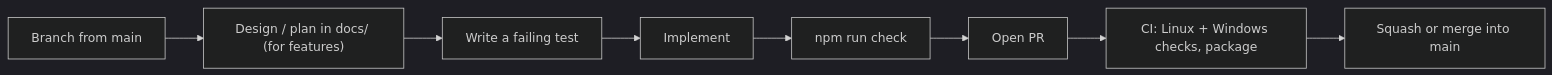
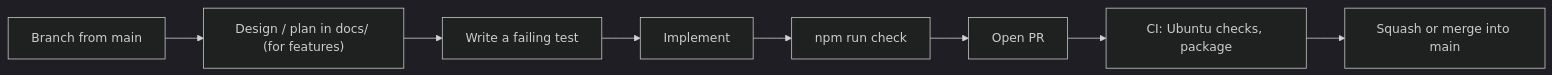
The diagram in CONTRIBUTING.md (mrprohack/TimeLens), drawn with Mermaid (dark theme) before and after one commit. The commit also changed other lines of this file, not shown here.

Commit message:
docs: correct the CI runner claim in CONTRIBUTING.md (#21)
The workflow only has a Ubuntu runner, but the guide told contributors that CI
must pass on both Ubuntu and Windows and the flow diagram promised "Linux +
Windows checks". A contributor waiting for a Windows job that never runs is
worse than no promise at all.

The guide now says what the workflow actually does. The build and the packaging
script do run on Windows, macOS and Linux locally, so that part stays true.

Whether to add a Windows runner to CI is a separate, open question: it is
feasible and was rehearsed, and it roughly doubles the CI minutes.

````diff
--- a/CONTRIBUTING.md
+++ b/CONTRIBUTING.md
@@ -35,10 +35,10 @@
 ```mermaid
 flowchart LR
   A["Branch from main"] --> B["Design / plan in docs/ (for features)"]
   B --> C["Write a failing test"]
   C --> D["Implement"]
   D --> E["npm run check"]
   E --> F["Open PR"]
-  F --> G["CI: Linux + Windows checks, package"]
+  F --> G["CI: Ubuntu checks, package"]
   G --> H["Squash or merge into main"]
 ```
````
